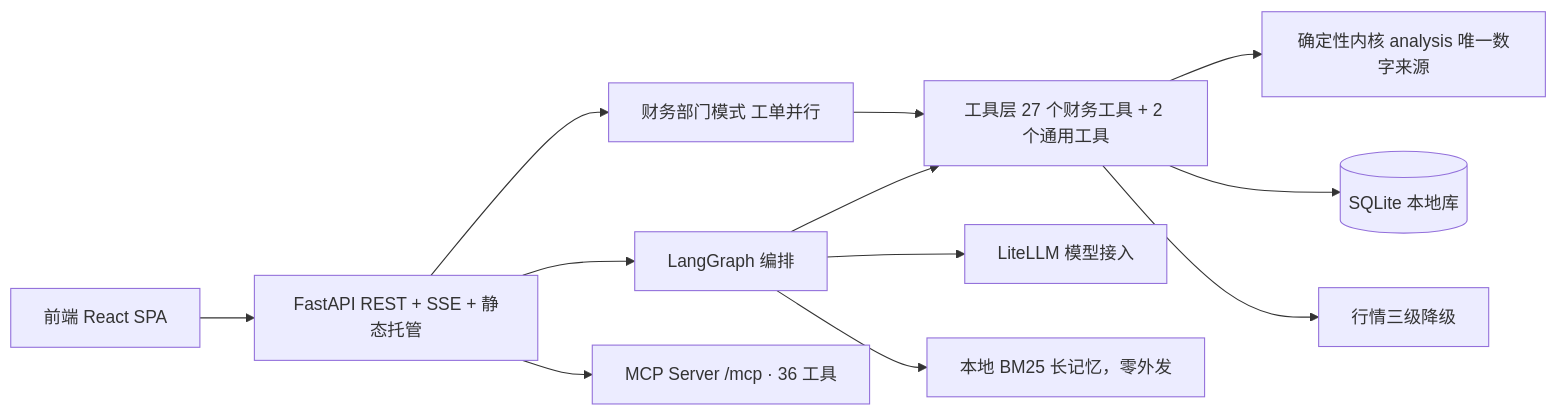
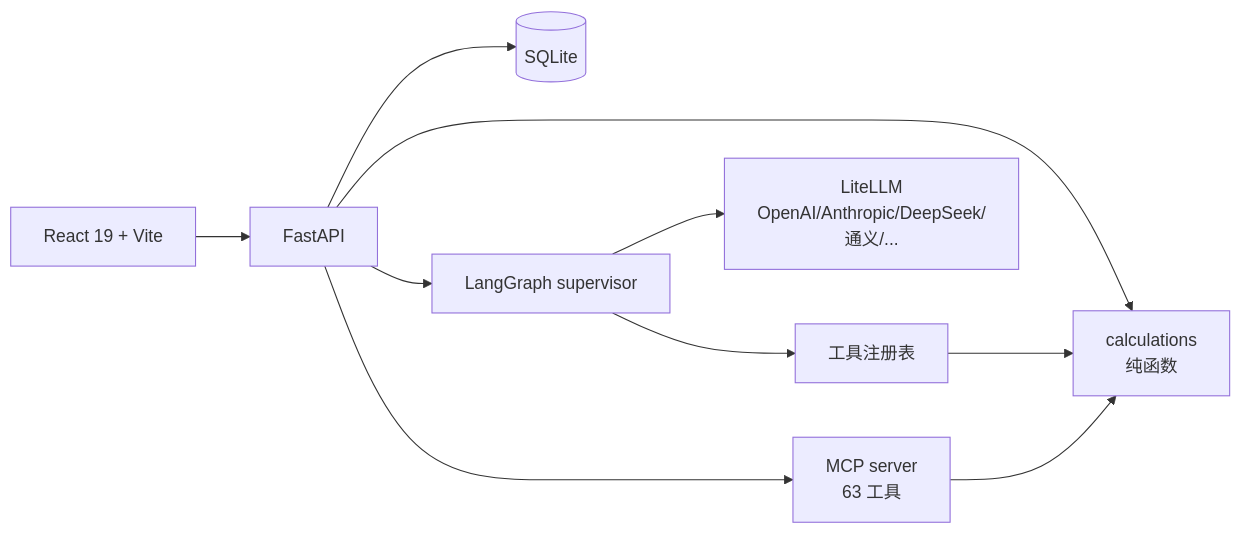
One commit to Morningstar202604/moneyhelper changed the diagram in README.zh.md. Above: the diagram before and after it, drawn with Mermaid. The commit also changed other lines of this file and 142 other files, not shown here.

````diff
--- a/README.zh.md
+++ b/README.zh.md
@@ -226,14 +92,12 @@
 ```mermaid
 flowchart LR
-    FE[前端 React SPA] --> API[FastAPI REST + SSE + 静态托管]
-    API --> G[LangGraph 编排]
-    API --> D[财务部门模式 工单并行]
-    G --> T[工具层 27 个财务工具 + 2 个通用工具]
-    D --> T
-    T --> K[确定性内核 analysis 唯一数字来源]
-    T --> DB[(SQLite 本地库)]
-    T --> Q[行情三级降级]
-    G --> L[LiteLLM 模型接入]
-    G --> M[本地 BM25 长记忆，零外发]
-    API --> MCP[MCP Server /mcp · 36 工具]
+  UI[React 19 + Vite] --> API[FastAPI]
+  API --> CALC[calculations<br/>纯函数]
+  API --> DB[(SQLite)]
+  API --> AGENT[LangGraph supervisor]
+  AGENT --> TOOLS[工具注册表]
+  TOOLS --> CALC
+  AGENT --> LLM[LiteLLM<br/>OpenAI/Anthropic/DeepSeek/通义/...]
+  API --> MCP[MCP server<br/>63 工具]
+  MCP --> CALC
 ```
````
